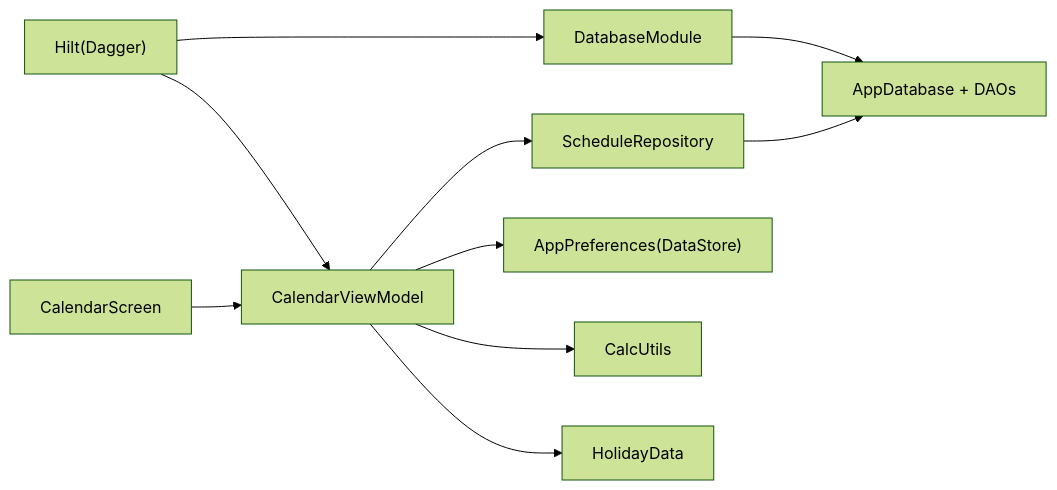
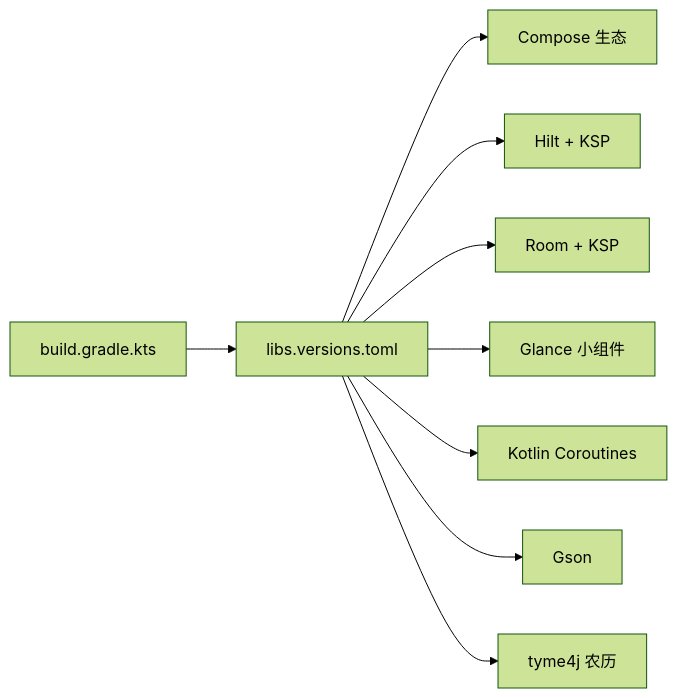
Before and after one commit to xiaobai860/paibanrili: the seventh of 7 diagrams in .qoder/repowiki/zh/content/项目概述.md, drawn with Mermaid (forest theme). The commit also changed other lines of this file and 245 other files, not shown here.

````diff
--- a/.qoder/repowiki/zh/content/项目概述.md
+++ b/.qoder/repowiki/zh/content/项目概述.md
@@ -445,12 +309,11 @@
 ```mermaid
 graph LR
-Hilt["Hilt(Dagger)"] --> DBMod["DatabaseModule"]
-DBMod --> Room["AppDatabase + DAOs"]
-Hilt --> VM["CalendarViewModel"]
-VM --> Repo["ScheduleRepository"]
-Repo --> Room
-VM --> Pref["AppPreferences(DataStore)"]
-VM --> Calc["CalcUtils"]
-VM --> Holiday["HolidayData"]
-UI["CalendarScreen"] --> VM
+Build["build.gradle.kts"] --> Libs["libs.versions.toml"]
+Libs --> Compose["Compose 生态"]
+Libs --> Hilt["Hilt + KSP"]
+Libs --> Room["Room + KSP"]
+Libs --> Glance["Glance 小组件"]
+Libs --> Coroutines["Kotlin Coroutines"]
+Libs --> Gson["Gson"]
+Libs --> Tyme["tyme4j 农历"]
 ```
````
